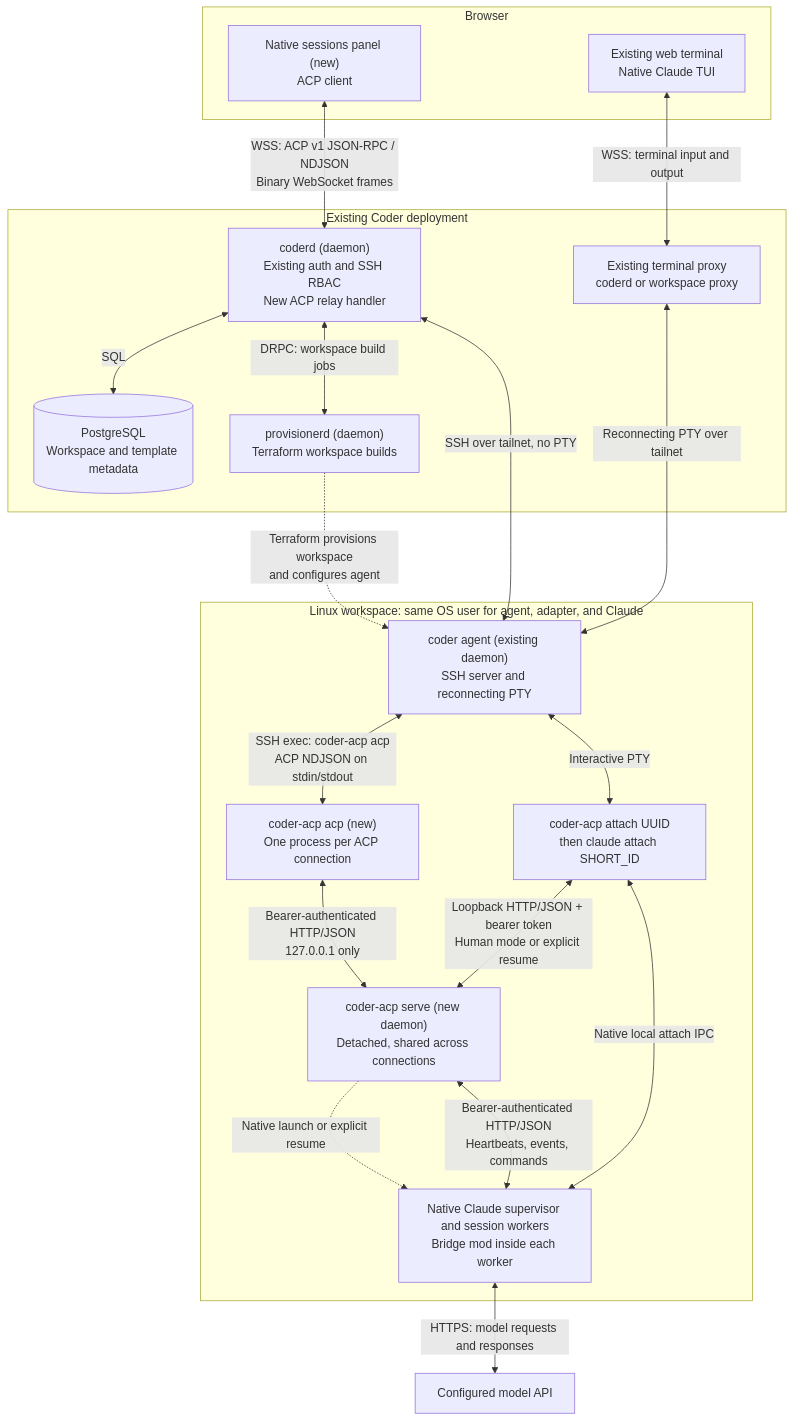
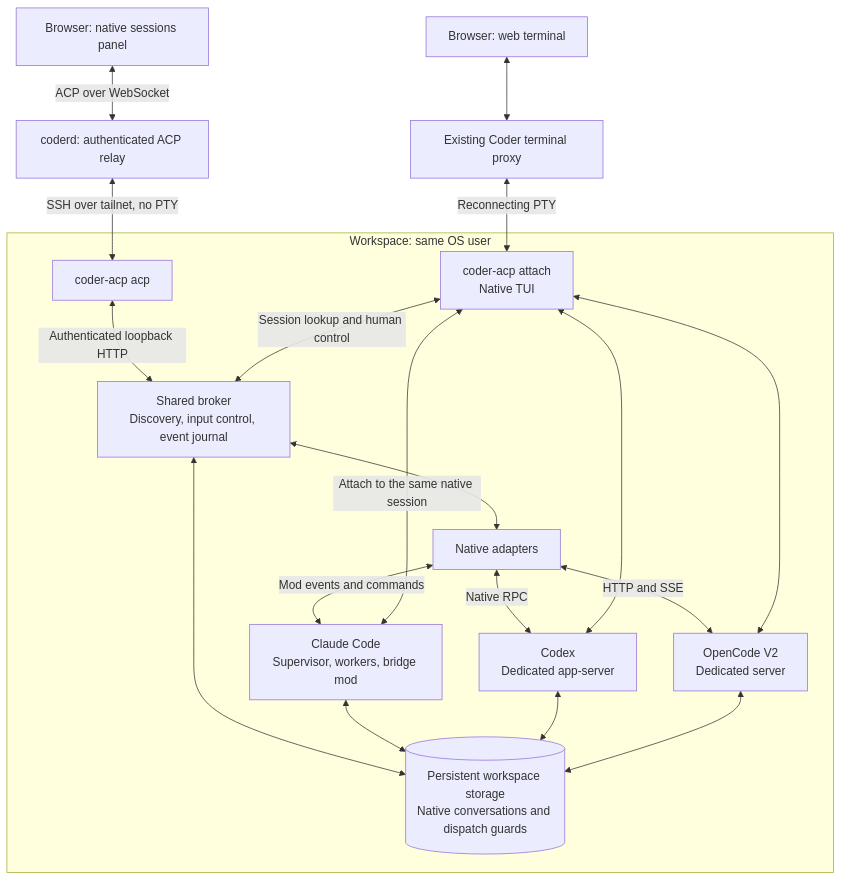
The diagram in examples/claude-acp-bridge/README.md (coder/coder), drawn with Mermaid before and after one commit. The commit also changed other lines of this file and 62 other files, not shown here.

First line of the commit message:
feat: add Codex and OpenCode native workspace agents

````diff
--- a/examples/claude-acp-bridge/README.md
+++ b/examples/claude-acp-bridge/README.md
@@ -16,40 +8,36 @@
 ```mermaid
 flowchart TB
-    subgraph browser["Browser"]
-        panel["Native sessions panel (new)<br/>ACP client"]
-        terminal["Existing web terminal<br/>Native Claude TUI"]
+    panel["Browser: native sessions panel"]
+    terminal["Browser: web terminal"]
+    relay["coderd: authenticated ACP relay"]
+    pty["Existing Coder terminal proxy"]
+
+    subgraph workspace["Workspace: same OS user"]
+        acp["coder-acp acp"]
+        broker["Shared broker<br/>Discovery, input control, event journal"]
+        adapters["Native adapters"]
+        claude["Claude Code<br/>Supervisor, workers, bridge mod"]
+        codex["Codex<br/>Dedicated app-server"]
+        opencode["OpenCode V2<br/>Dedicated server"]
+        attach["coder-acp attach<br/>Native TUI"]
+        state[("Persistent workspace storage<br/>Native conversations and dispatch guards")]
     end
 
-    subgraph deployment["Existing Coder deployment"]
-        coderd["coderd (daemon)<br/>Existing auth and SSH RBAC<br/>New ACP relay handler"]
-        proxy["Existing terminal proxy<br/>coderd or workspace proxy"]
-        database[("PostgreSQL<br/>Workspace and template metadata")]
-        provisioner["provisionerd (daemon)<br/>Terraform workspace builds"]
-    end
-
-    subgraph workspace["Linux workspace: same OS user for agent, adapter, and Claude"]
-        agent["coder agent (existing daemon)<br/>SSH server and reconnecting PTY"]
-        acp["coder-acp acp (new)<br/>One process per ACP connection"]
-        attach["coder-acp attach UUID<br/>then claude attach SHORT_ID"]
-        broker["coder-acp serve (new daemon)<br/>Detached, shared across connections"]
-        native["Native Claude supervisor and session workers<br/>Bridge mod inside each worker"]
-    end
-
-    model["Configured model API"]
-
-    panel <-->|"WSS: ACP v1 JSON-RPC / NDJSON<br/>Binary WebSocket frames"| coderd
-    terminal <-->|"WSS: terminal input and output"| proxy
-    coderd <-->|"SQL"| database
-    coderd <-->|"DRPC: workspace build jobs"| provisioner
-    provisioner -.->|"Terraform provisions workspace<br/>and configures agent"| agent
-    coderd <-->|"SSH over tailnet, no PTY"| agent
-    proxy <-->|"Reconnecting PTY over tailnet"| agent
-    agent <-->|"SSH exec: coder-acp acp<br/>ACP NDJSON on stdin/stdout"| acp
-    agent <-->|"Interactive PTY"| attach
-    acp <-->|"Bearer-authenticated HTTP/JSON<br/>127.0.0.1 only"| broker
-    attach <-->|"Loopback HTTP/JSON + bearer token<br/>Human mode or explicit resume"| broker
-    native <-->|"Bearer-authenticated HTTP/JSON<br/>Heartbeats, events, commands"| broker
-    broker -.->|"Native launch or explicit resume"| native
-    attach <-->|"Native local attach IPC"| native
-    native <-->|"HTTPS: model requests and responses"| model
+    panel <-->|"ACP over WebSocket"| relay
+    relay <-->|"SSH over tailnet, no PTY"| acp
+    acp <-->|"Authenticated loopback HTTP"| broker
+    broker <--> adapters
+    adapters <-->|"Mod events and commands"| claude
+    adapters <-->|"Native RPC"| codex
+    adapters <-->|"HTTP and SSE"| opencode
+    terminal <--> pty
+    pty <-->|"Reconnecting PTY"| attach
+    attach <-->|"Session lookup and human control"| broker
+    attach <-->|"Attach to the same native session"| claude
+    attach <--> codex
+    attach <--> opencode
+    broker <--> state
+    claude <--> state
+    codex <--> state
+    opencode <--> state
 ```
````
